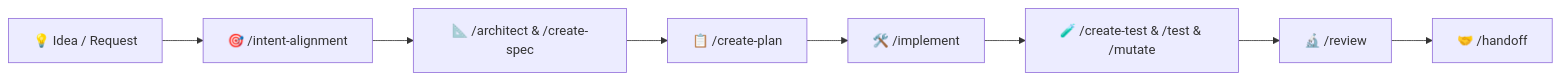
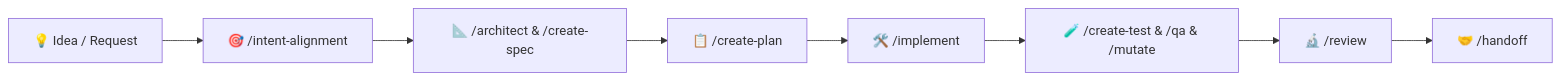
The diagram in README.md (addy-47/ai-duct-tape), drawn with Mermaid before and after one commit. The commit also changed other lines of this file and 13 other files, not shown here.

````diff
--- a/README.md
+++ b/README.md
@@ -33,10 +33,10 @@
 ```mermaid
 flowchart LR
     A[💡 Idea / Request] --> B[🎯 /intent-alignment]
     B --> C[📐 /architect & /create-spec]
     C --> D[📋 /create-plan]
     D --> E[🛠️ /implement]
-    E --> F[🧪 /create-test & /test & /mutate]
+    E --> F[🧪 /create-test & /qa & /mutate]
     F --> G[🔬 /review]
     G --> H[🤝 /handoff]
 ```
````
